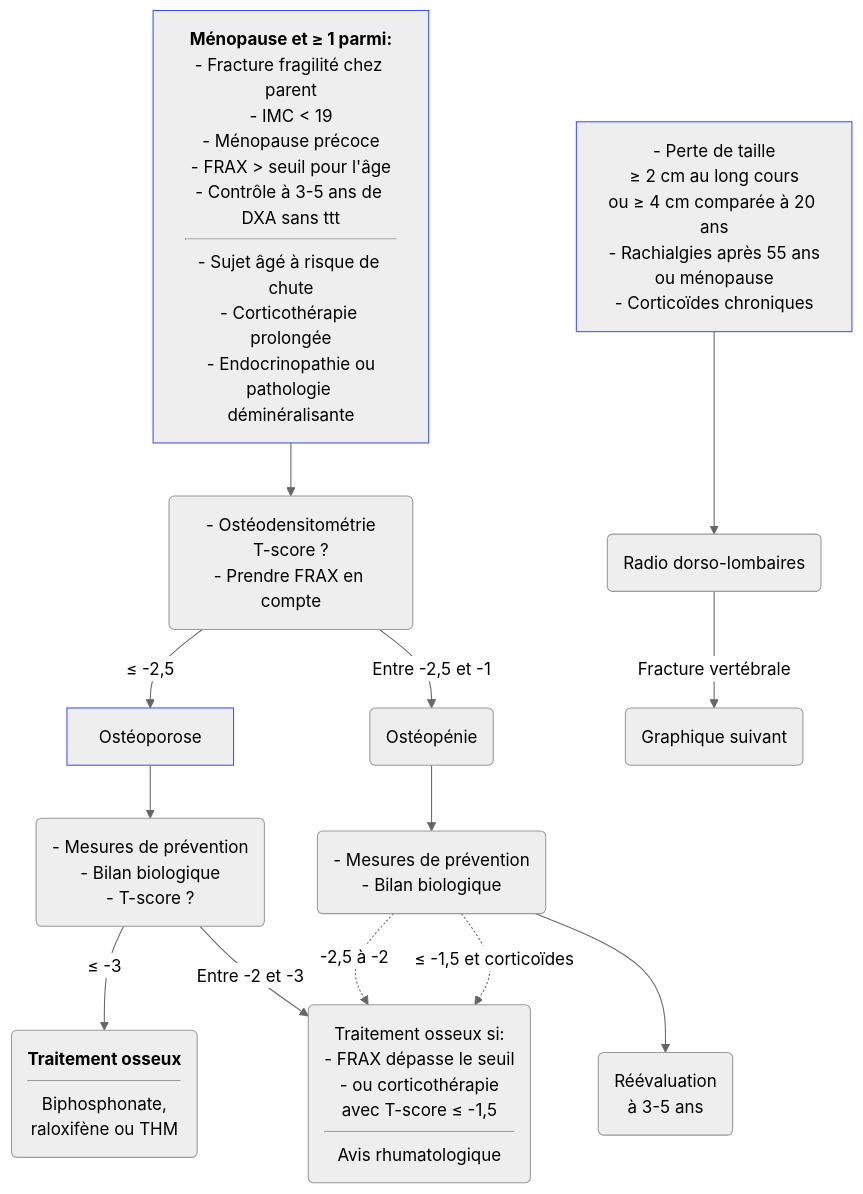
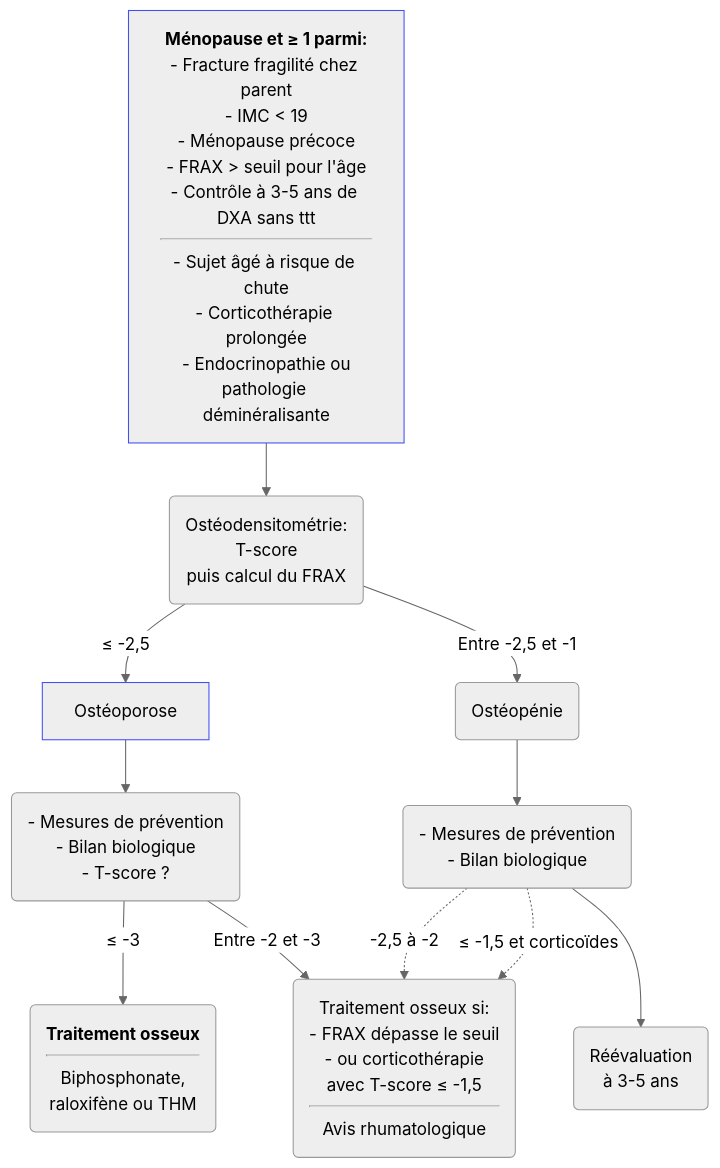
Before and after one commit to djibe/recommandations-medicales: the first of 2 diagrams in content/recommandations/osteoporose.md, drawn with Mermaid (neutral theme). The commit also changed other lines of this file and 16 other files, not shown here.

```diff
--- a/content/recommandations/osteoporose.md
+++ b/content/recommandations/osteoporose.md
@@ -462,15 +466,13 @@
 {{< mermaid title="Dépistage de l'ostéoporose en l'absence d'antécédent de fracture. JB Fron d'après SFRhumato 2018 et HAS lombalgie 2019" >}}
 graph TB
   menopause["<b>Ménopause et &ge; 1 parmi:</b><br>- Fracture fragilité chez parent<br>- IMC &lt; 19<br>- Ménopause précoce<br>- FRAX &gt; seuil pour l'âge<br>- Contrôle à 3-5 ans de DXA sans ttt<hr>- Sujet âgé à risque de chute<br>- Corticothérapie prolongée<br>- Endocrinopathie ou<br>pathologie déminéralisante"]
   style menopause stroke:#4150f5, stroke-width:1px
-    menopause --> DXA("- Ostéodensitométrie<br>T-score ?<br>- Prendre FRAX en compte")
+    menopause --> DXA(Ostéodensitométrie:<br>T-score<br>puis calcul du FRAX)
       DXA -- "&le; -2,5" --> Ostéoporose --> prev("- Mesures de prévention<br>- Bilan biologique<br>- T-score ?")
       style Ostéoporose stroke:#4150f5, stroke-width:1px
         prev -- "&le; -3" --> traitement("<b>Traitement osseux</b><hr>Biphosphonate,<br>raloxifène ou THM")
         prev -- "Entre -2 et -3" --> avis("Traitement osseux si:<br>- FRAX dépasse le seuil<br>- ou corticothérapie<br>avec T-score &le; -1,5<hr>Avis rhumatologique")
       DXA -- "Entre -2,5 et -1" --> osteopenie(Ostéopénie) --> prevention("- Mesures de prévention<br>- Bilan biologique") -. "-2,5 à -2" .-> avis
       prevention -. "&le; -1,5 et corticoïdes".-> avis
       prevention --> recontrole("Réévaluation<br>à 3-5 ans")
-  perteTaille["- Perte de taille<br>&ge; 2 cm au long cours<br>ou &ge; 4 cm comparée à 20 ans<br>- Rachialgies après 55 ans<br>ou ménopause<br>- Corticoïdes chroniques"] --> radio(Radio dorso-lombaires) -- Fracture vertébrale --> x(Graphique suivant)
-  style perteTaille stroke:#4150f5, stroke-width:1px
 {{< /mermaid >}}
```
